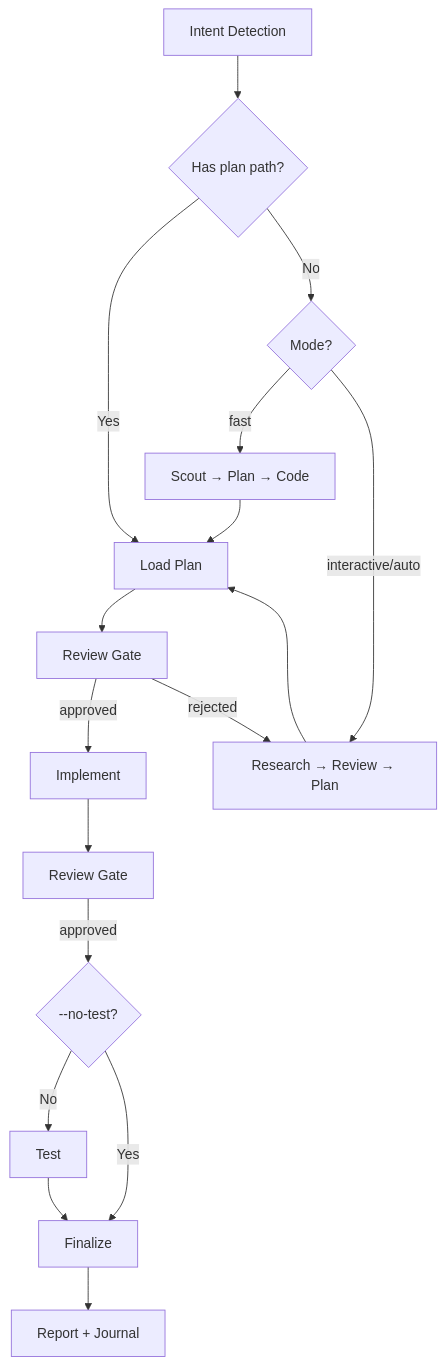
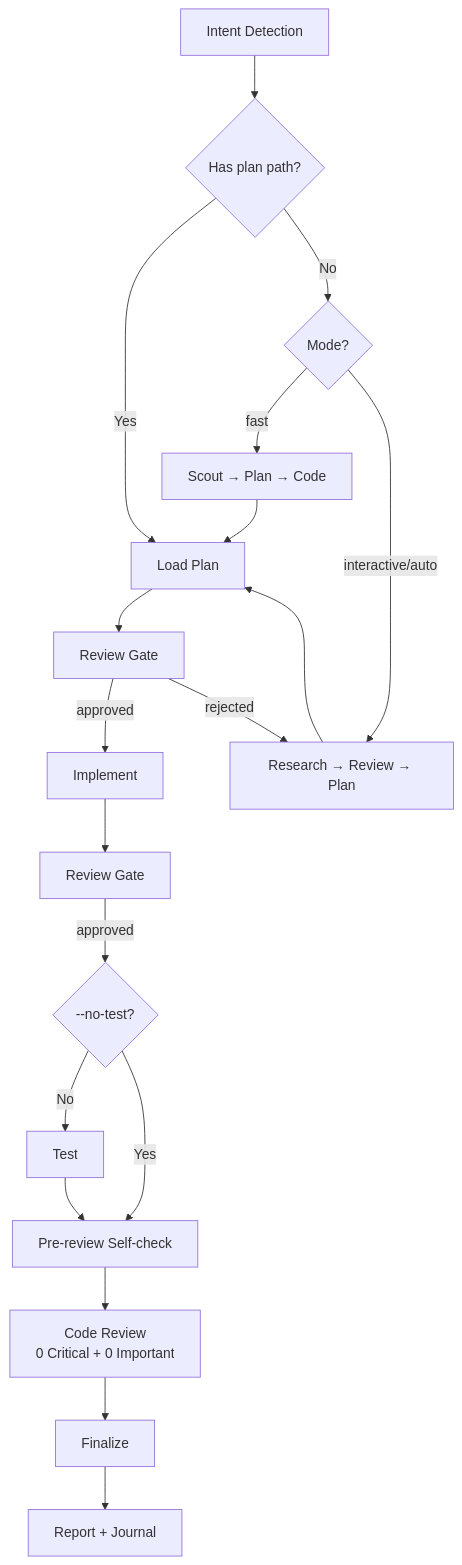
The diagram in plugins/rock288/skills/cook/SKILL.md (tuannguyen-everfit/rock288_claude_plugin), drawn with Mermaid before and after one commit. The commit also changed other lines of this file and 22 other files, not shown here.

First line of the commit message:
feat(plan,cook): Reach & Contracts + pre-review self-check, review by Critical/Important, bump rk -> 4.20.0

````diff
--- a/plugins/rock288/skills/cook/SKILL.md
+++ b/plugins/rock288/skills/cook/SKILL.md
@@ -71,19 +72,21 @@
 ```mermaid
 flowchart TD
     A[Intent Detection] --> B{Has plan path?}
     B -->|Yes| F[Load Plan]
     B -->|No| C{Mode?}
     C -->|fast| D[Scout → Plan → Code]
     C -->|interactive/auto| E[Research → Review → Plan]
     E --> F
     D --> F
     F --> G[Review Gate]
     G -->|approved| H[Implement]
     G -->|rejected| E
     H --> I[Review Gate]
     I -->|approved| J{--no-test?}
     J -->|No| K[Test]
-    J -->|Yes| L[Finalize]
-    K --> L
+    J -->|Yes| SC[Pre-review Self-check]
+    K --> SC
+    SC --> CR[Code Review<br/>0 Critical + 0 Important]
+    CR --> L[Finalize]
     L --> M[Report + Journal]
 ```
````
